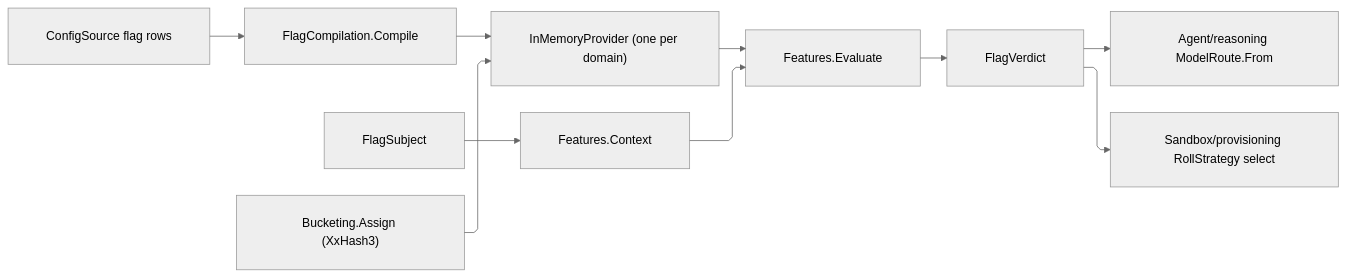
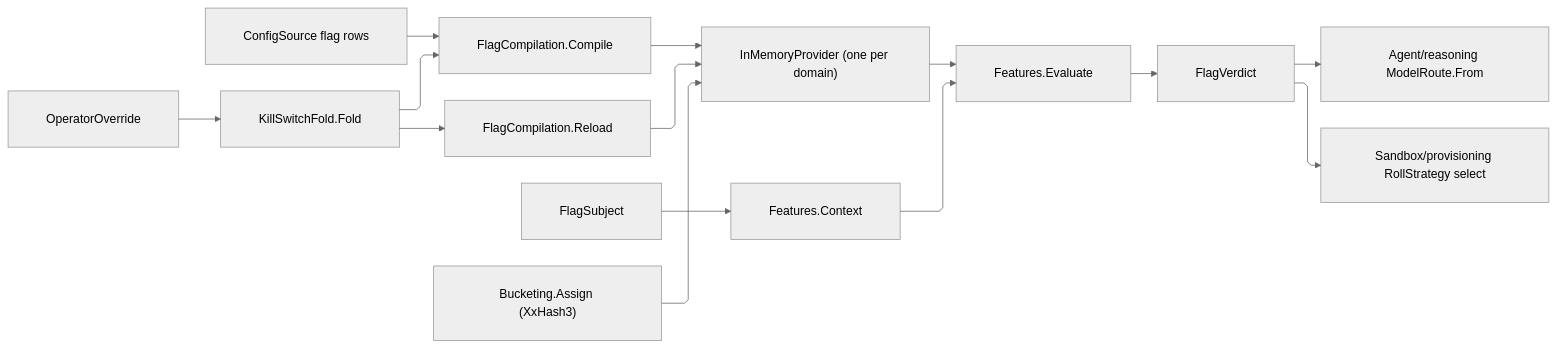
One commit to bsamiee/Rasm changed the diagram in libs/csharp/Rasm.AppHost/.planning/Runtime/features.md. Above: the diagram before and after it, drawn with Mermaid (neutral theme). The commit also changed other lines of this file and 747 other files, not shown here.

````diff
--- a/libs/csharp/Rasm.AppHost/.planning/Runtime/features.md
+++ b/libs/csharp/Rasm.AppHost/.planning/Runtime/features.md
@@ -256,21 +325,25 @@
 ```mermaid
 ---
 config:
   layout: elk
   flowchart:
     curve: linear
     padding: 25
 ---
 flowchart LR
     accTitle: One features rail projecting a verdict to the routing consumers
     accDescr: Config flag rows compile to one in-memory provider; sticky bucketing seats a subject in a stable segment; the evaluation projects to one FlagVerdict the model-routing and fleet-roll consumers read.
     Config["ConfigSource flag rows"] --> Compile["FlagCompilation.Compile"]
+    Override["OperatorOverride"] --> Kill["KillSwitchFold.Fold"]
+    Kill --> Compile
     Compile --> Provider["InMemoryProvider (one per domain)"]
+    Kill --> Reload["FlagCompilation.Reload"]
+    Reload --> Provider
     Subject["FlagSubject"] --> Context["Features.Context"]
     Context --> Evaluate["Features.Evaluate"]
     Provider --> Evaluate
     Bucket["Bucketing.Assign (XxHash3)"] --> Provider
     Evaluate --> Verdict["FlagVerdict"]
     Verdict --> Route["Agent/reasoning ModelRoute.From"]
     Verdict --> Roll["Sandbox/provisioning RollStrategy select"]
 ```
````
